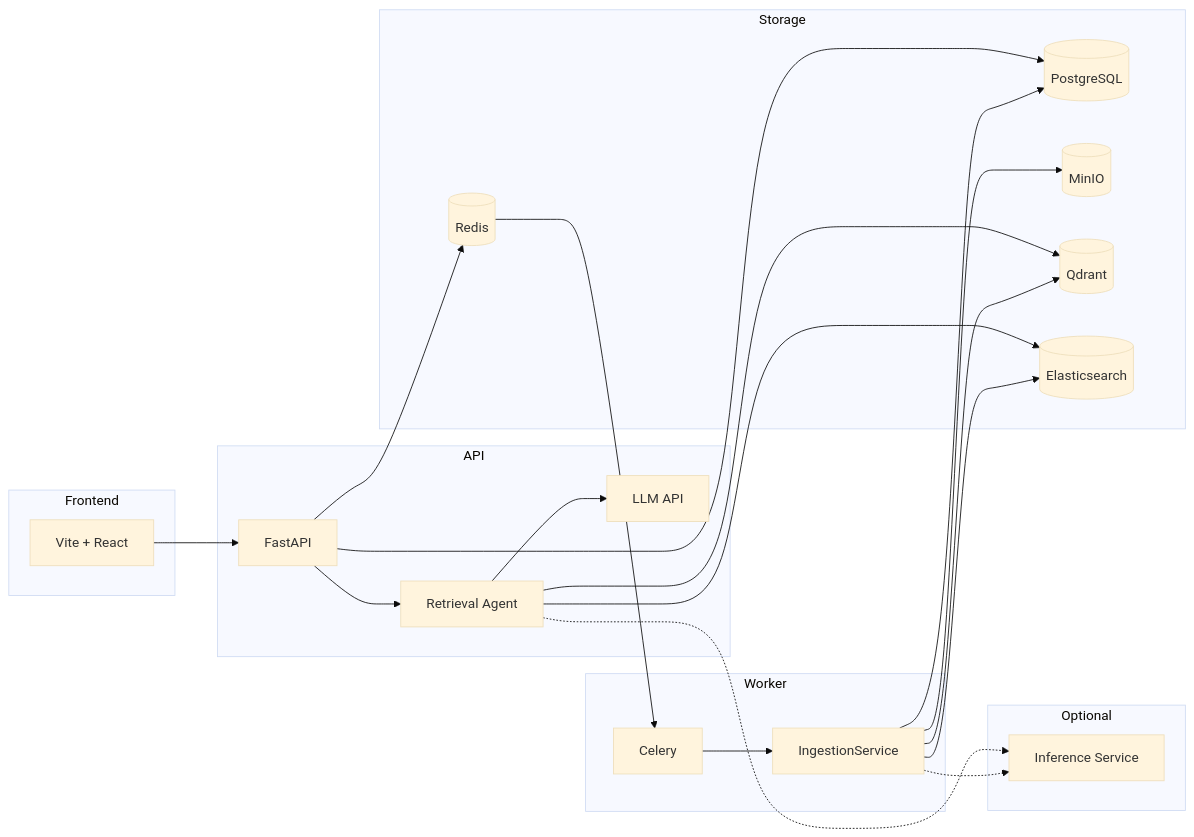
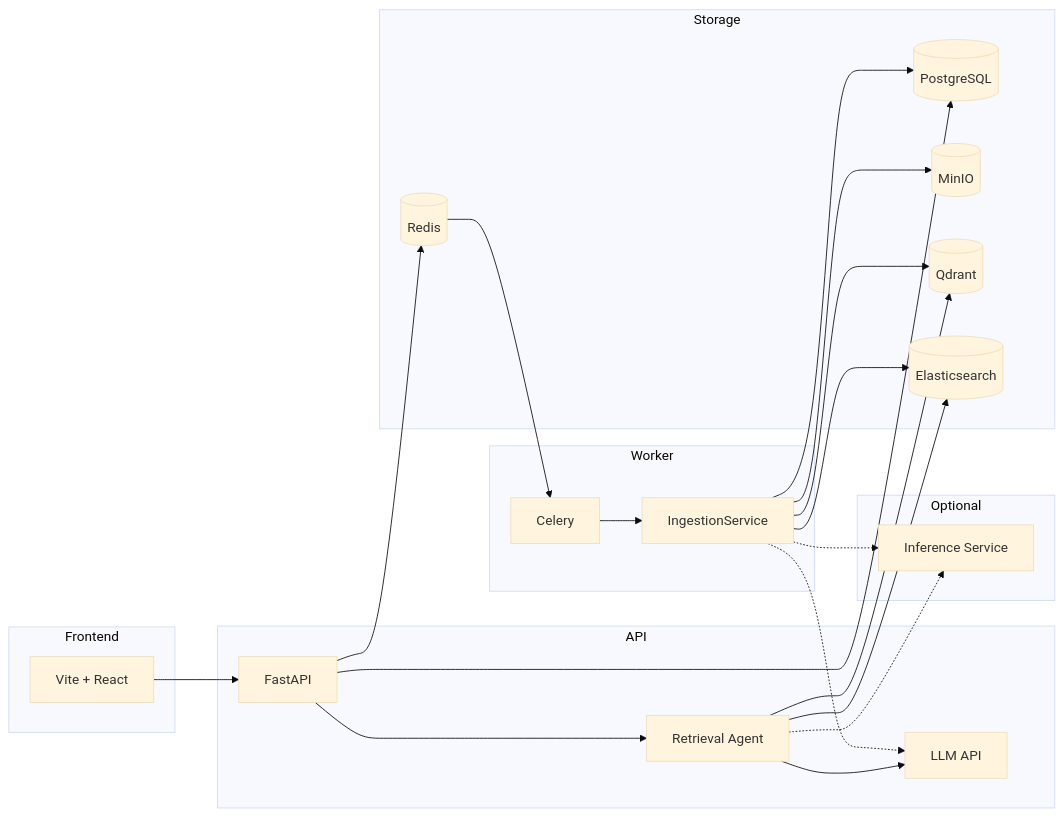
One commit to zJustHow/AllDocs changed the first of 2 diagrams in README.md. Above: the diagram before and after it, drawn with Mermaid (base theme). The commit also changed other lines of this file and 27 other files, not shown here.

````diff
--- a/README.md
+++ b/README.md
@@ -20,40 +20,41 @@
 ```mermaid
 flowchart LR
     subgraph client [Frontend]
         UI[Vite + React]
     end
     subgraph api [API]
         FastAPI[FastAPI]
         Agent[Retrieval Agent]
         LLM[LLM API]
     end
     subgraph worker [Worker]
         Celery[Celery]
         Ingest[IngestionService]
     end
     subgraph stores [Storage]
         PG[(PostgreSQL)]
         MinIO[(MinIO)]
         Qdrant[(Qdrant)]
         ES[(Elasticsearch)]
         Redis[(Redis)]
     end
     subgraph optional [Optional]
         Inference[Inference Service]
     end
     UI --> FastAPI
     FastAPI --> Agent
     FastAPI --> PG
     Agent --> Qdrant
     Agent --> ES
     Agent --> LLM
     FastAPI --> Redis
     Redis --> Celery
     Celery --> Ingest
     Ingest --> PG
     Ingest --> MinIO
     Ingest --> Qdrant
     Ingest --> ES
     Agent -.-> Inference
     Ingest -.-> Inference
+    Ingest -.-> LLM
 ```
````
